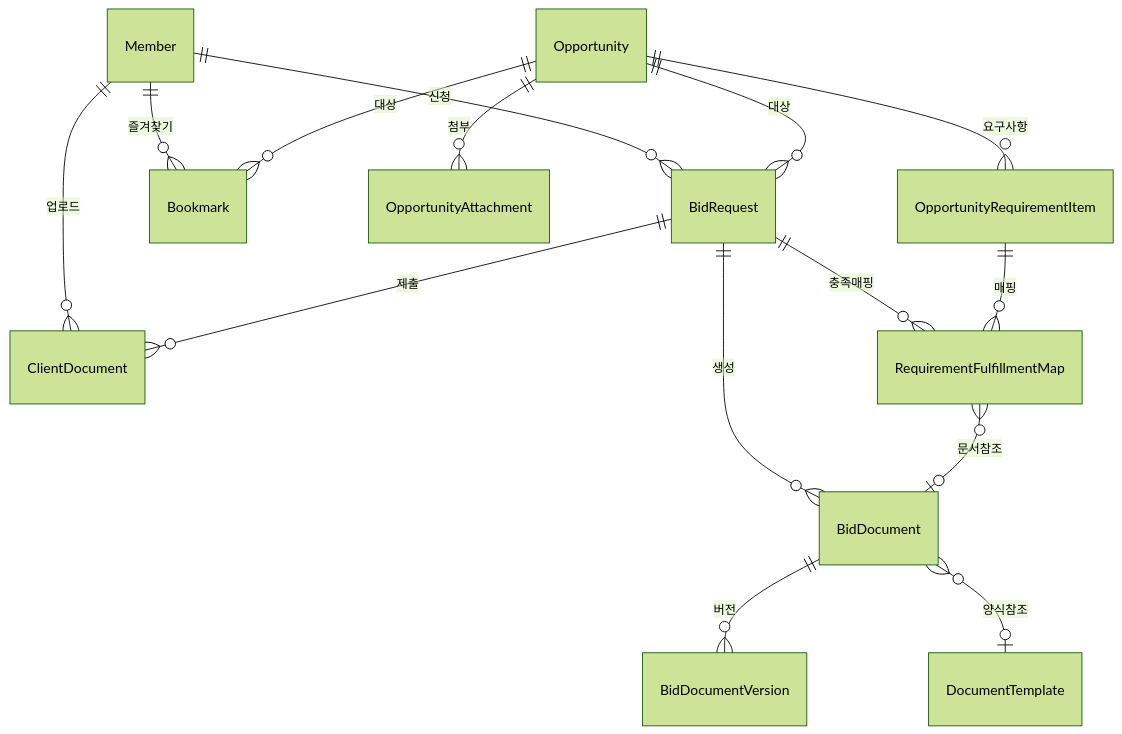
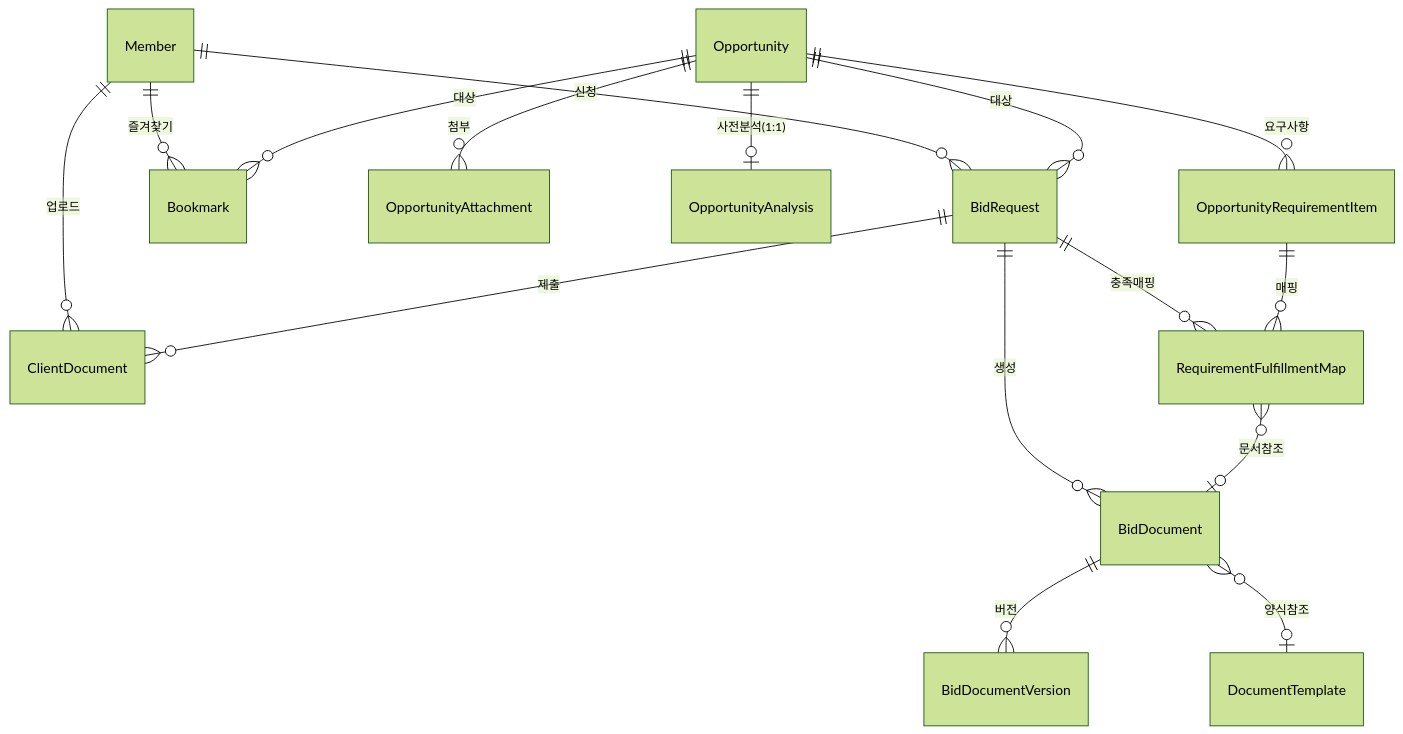
Before and after one commit to johnnykim7/wjbid: the diagram in docs/T3-1_데이터_모델.md, drawn with Mermaid (forest theme). The commit also changed other lines of this file and 169 other files, not shown here.

````diff
--- a/docs/T3-1_데이터_모델.md
+++ b/docs/T3-1_데이터_모델.md
@@ -465,22 +511,23 @@
 ```mermaid
 erDiagram
     Member ||--o{ BidRequest : "신청"
     Member ||--o{ Bookmark : "즐겨찾기"
     Member ||--o{ ClientDocument : "업로드"
 
     Opportunity ||--o{ BidRequest : "대상"
     Opportunity ||--o{ Bookmark : "대상"
     Opportunity ||--o{ OpportunityAttachment : "첨부"
+    Opportunity ||--o| OpportunityAnalysis : "사전분석(1:1)"
     Opportunity ||--o{ OpportunityRequirementItem : "요구사항"
 
     BidRequest ||--o{ BidDocument : "생성"
     BidRequest ||--o{ ClientDocument : "제출"
     BidRequest ||--o{ RequirementFulfillmentMap : "충족매핑"
 
     BidDocument ||--o{ BidDocumentVersion : "버전"
     BidDocument }o--o| DocumentTemplate : "양식참조"
 
     OpportunityRequirementItem ||--o{ RequirementFulfillmentMap : "매핑"
 
     RequirementFulfillmentMap }o--o| BidDocument : "문서참조"
 ```
````
